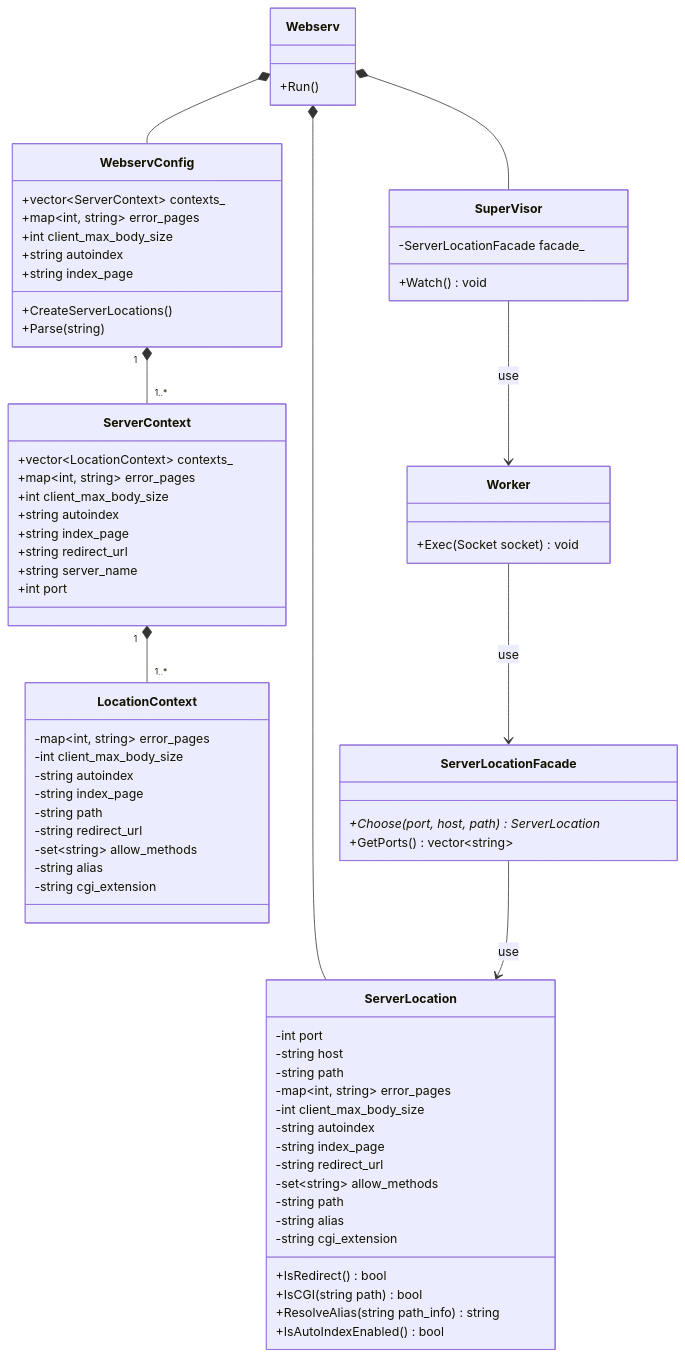
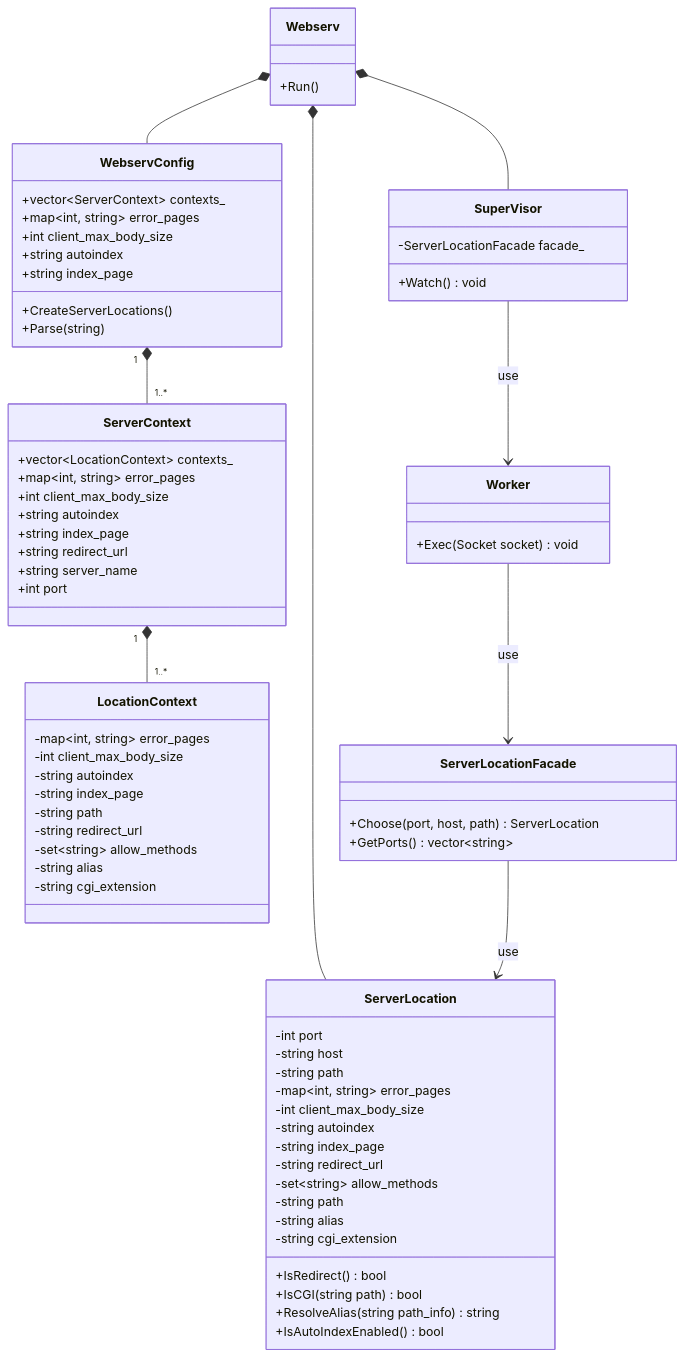
The diagram in docs/class/config_class.md (katataku/webserv), drawn with Mermaid before and after one commit. The commit also changed 20 other files, not shown here.

First line of the commit message:
ServerLocationFacade.Chooseの実装 (#107)

```diff
--- a/docs/class/config_class.md
+++ b/docs/class/config_class.md
@@ -61,7 +61,7 @@
 
     %% どのServerLocationを使用するかを決定する責務 %%
     class ServerLocationFacade {
-        +Choose(port, host, path) ServerLocation*
+        +Choose(port, host, path) ServerLocation
         +GetPorts() vector~string~
     }
 
```
